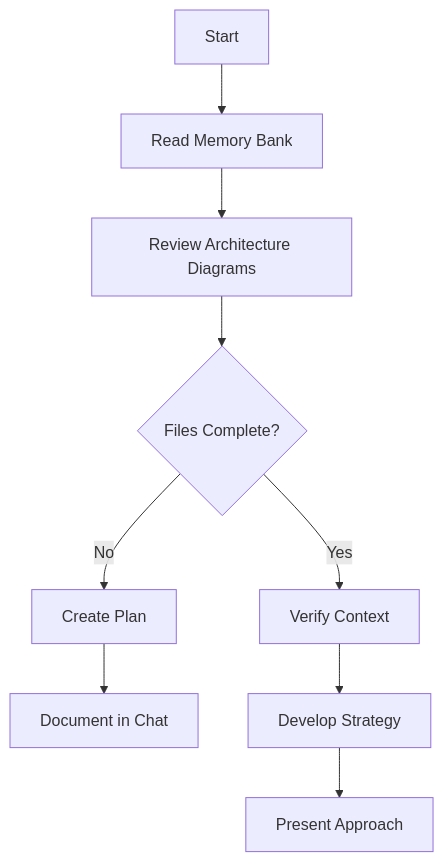
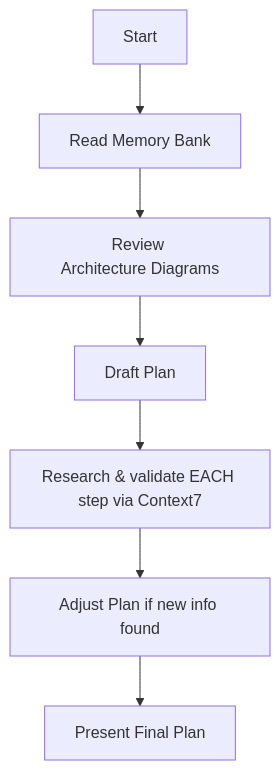
The second of 5 diagrams in memorybank.md (ChrisMcKee1/AI-Assisted-Coding), drawn with Mermaid before and after one commit. The commit also changed other lines of this file, not shown here.

Commit message:
Context7

````diff
--- a/memorybank.md
+++ b/memorybank.md
@@ -93,13 +67,9 @@
 ```mermaid
 flowchart TD
-    Start[Start] --> ReadFiles[Read Memory Bank]
-    ReadFiles --> ArchDiagrams[Review Architecture Diagrams]
-    ArchDiagrams --> CheckFiles{Files Complete?}
-    
-    CheckFiles -->|No| Plan[Create Plan]
-    Plan --> Document[Document in Chat]
-    
-    CheckFiles -->|Yes| Verify[Verify Context]
-    Verify --> Strategy[Develop Strategy]
-    Strategy --> Present[Present Approach]
+    Start[Start] --> Read[Read Memory Bank]
+    Read --> Diagrams[Review Architecture Diagrams]
+    Diagrams --> Draft[Draft Plan]
+    Draft --> Research[Research & validate EACH step via Context7]
+    Research --> Adjust[Adjust Plan if new info found]
+    Adjust --> Present[Present Final Plan]
 ```
````
